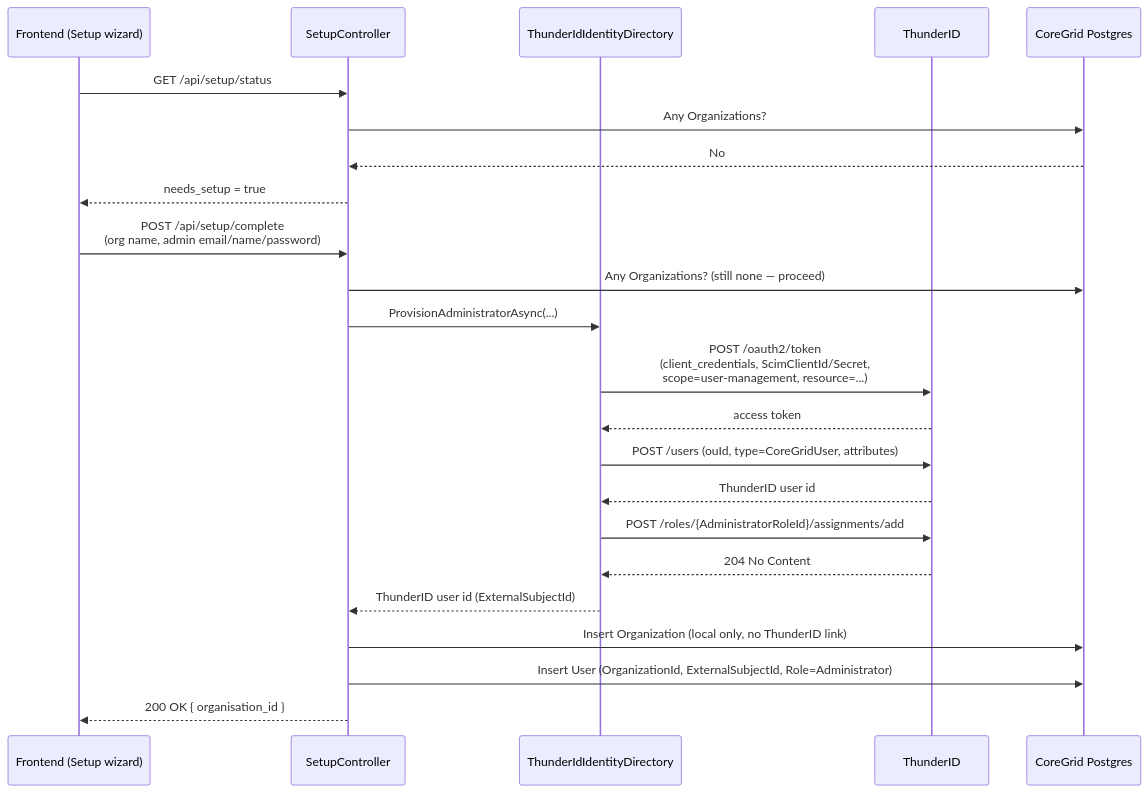
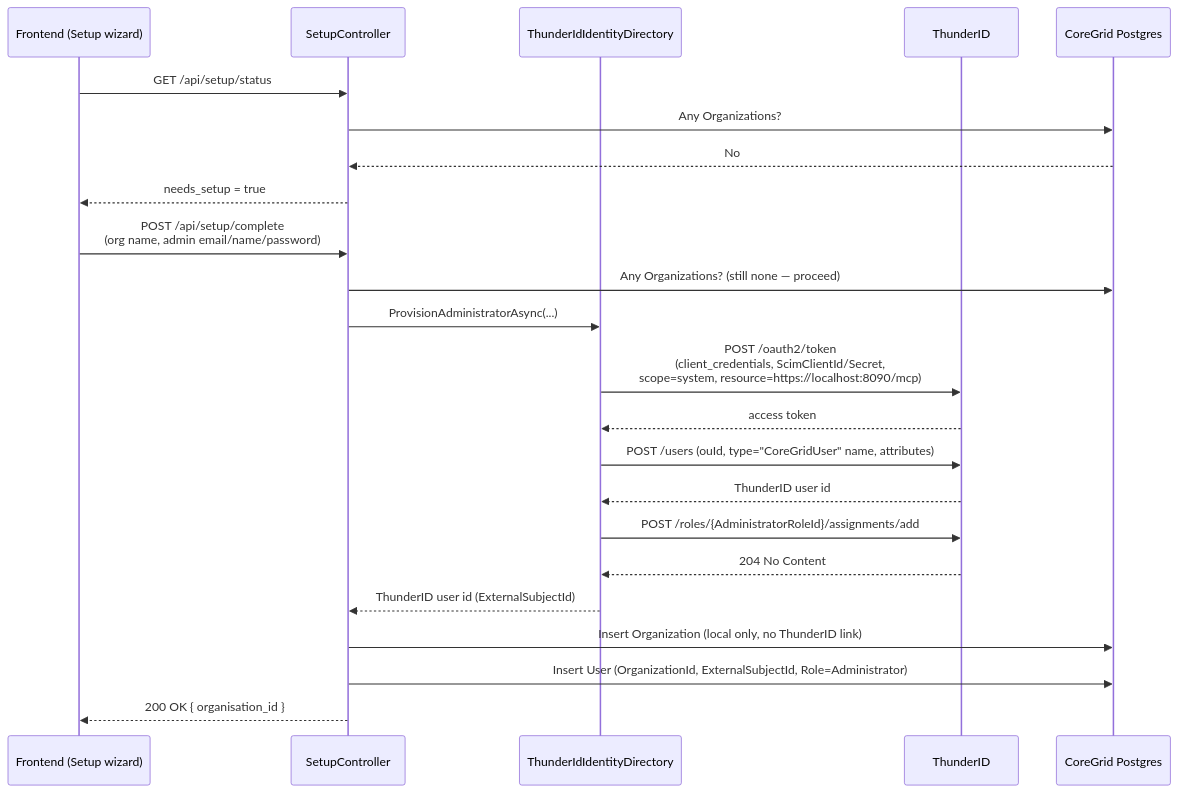
Before and after one commit to CoreGrid-org/CoreGrid: the third of 3 diagrams in doc/setup/ThunderID.md, drawn with Mermaid. The commit also changed other lines of this file and 13 other files, not shown here.

````diff
--- a/doc/setup/ThunderID.md
+++ b/doc/setup/ThunderID.md
@@ -61,28 +61,28 @@
 ```mermaid
 sequenceDiagram
     participant FE as Frontend (Setup wizard)
     participant API as SetupController
     participant TID as ThunderIdIdentityDirectory
     participant IDP as ThunderID
     participant PG as CoreGrid Postgres
 
     FE->>API: GET /api/setup/status
     API->>PG: Any Organizations?
     PG-->>API: No
     API-->>FE: needs_setup = true
 
     FE->>API: POST /api/setup/complete<br/>(org name, admin email/name/password)
     API->>PG: Any Organizations? (still none — proceed)
     API->>TID: ProvisionAdministratorAsync(...)
-    TID->>IDP: POST /oauth2/token<br/>(client_credentials, ScimClientId/Secret,<br/>scope=user-management, resource=...)
+    TID->>IDP: POST /oauth2/token<br/>(client_credentials, ScimClientId/Secret,<br/>scope=system, resource=https://localhost:8090/mcp)
     IDP-->>TID: access token
-    TID->>IDP: POST /users (ouId, type=CoreGridUser, attributes)
+    TID->>IDP: POST /users (ouId, type="CoreGridUser" name, attributes)
     IDP-->>TID: ThunderID user id
     TID->>IDP: POST /roles/{AdministratorRoleId}/assignments/add
     IDP-->>TID: 204 No Content
     TID-->>API: ThunderID user id (ExternalSubjectId)
 
     API->>PG: Insert Organization (local only, no ThunderID link)
     API->>PG: Insert User (OrganizationId, ExternalSubjectId, Role=Administrator)
     API-->>FE: 200 OK { organisation_id }
 ```
````
